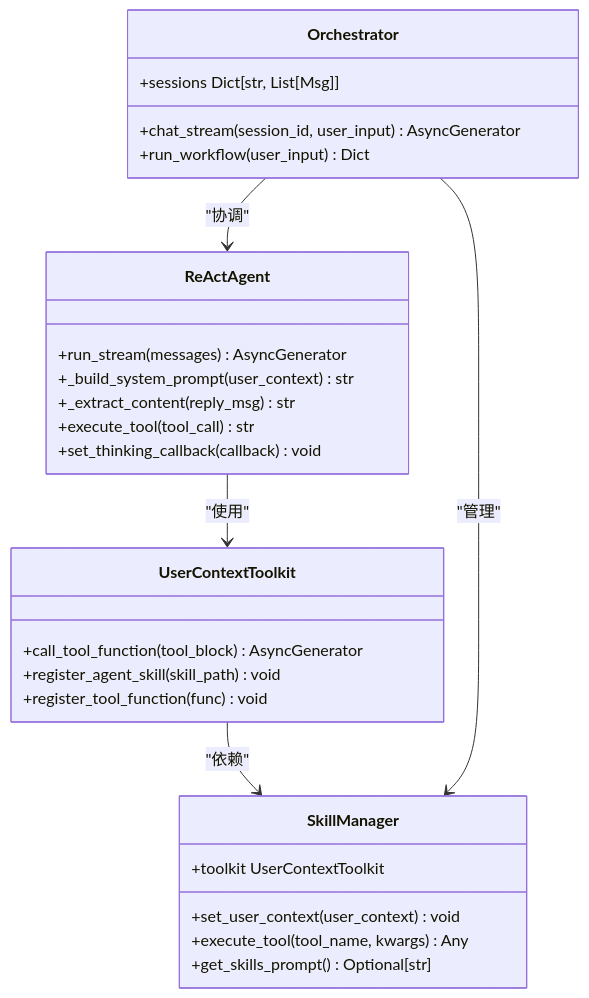
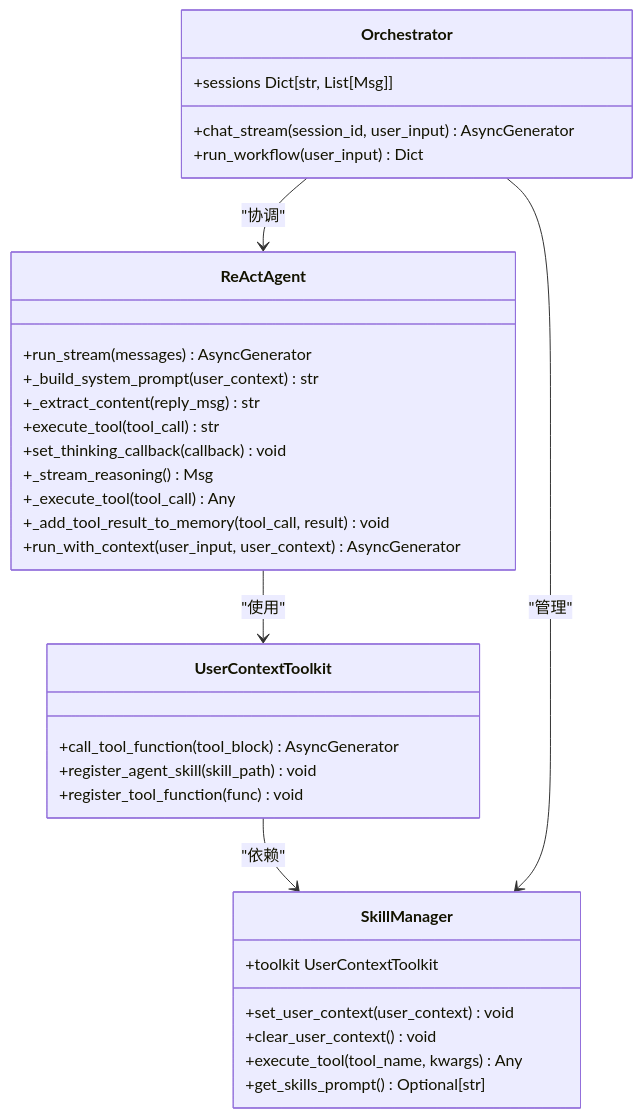
One commit to zhangdahai112/LocalManus changed the second of 13 diagrams in .qoder/repowiki/zh/content/智能体系统/ReAct 智能体/ReAct智能体流式增强.md. Above: the diagram before and after it, drawn with Mermaid. The commit also changed other lines of this file and 11 other files, not shown here.

````diff
--- a/.qoder/repowiki/zh/content/智能体系统/ReAct 智能体/ReAct智能体流式增强.md
+++ b/.qoder/repowiki/zh/content/智能体系统/ReAct 智能体/ReAct智能体流式增强.md
@@ -91,30 +103,35 @@
 ```mermaid
 classDiagram
 class ReActAgent {
 +run_stream(messages) AsyncGenerator
 +_build_system_prompt(user_context) str
 +_extract_content(reply_msg) str
 +execute_tool(tool_call) str
 +set_thinking_callback(callback) void
++_stream_reasoning() Msg
++_execute_tool(tool_call) Any
++_add_tool_result_to_memory(tool_call, result) void
++run_with_context(user_input, user_context) AsyncGenerator
 }
 class UserContextToolkit {
 +call_tool_function(tool_block) AsyncGenerator
 +register_agent_skill(skill_path) void
 +register_tool_function(func) void
 }
 class SkillManager {
 +toolkit UserContextToolkit
 +set_user_context(user_context) void
++clear_user_context() void
 +execute_tool(tool_name, kwargs) Any
 +get_skills_prompt() Optional[str]
 }
 class Orchestrator {
 +sessions Dict[str, List[Msg]]
 +chat_stream(session_id, user_input) AsyncGenerator
 +run_workflow(user_input) Dict
 }
 ReActAgent --> UserContextToolkit : "使用"
 UserContextToolkit --> SkillManager : "依赖"
 Orchestrator --> ReActAgent : "协调"
 Orchestrator --> SkillManager : "管理"
 ```
````
